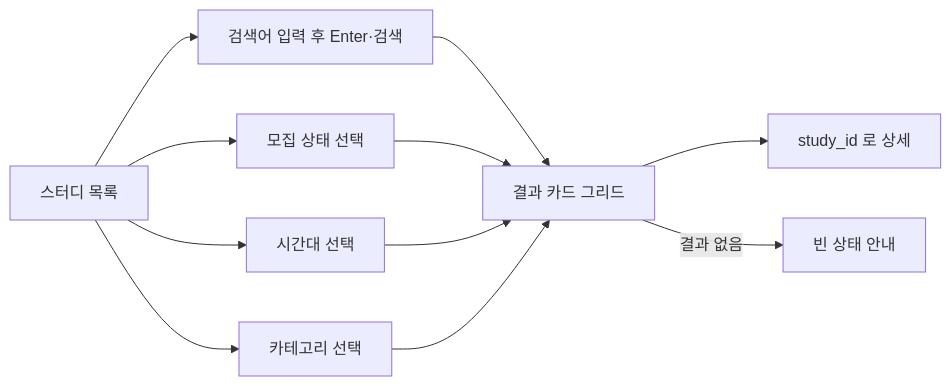
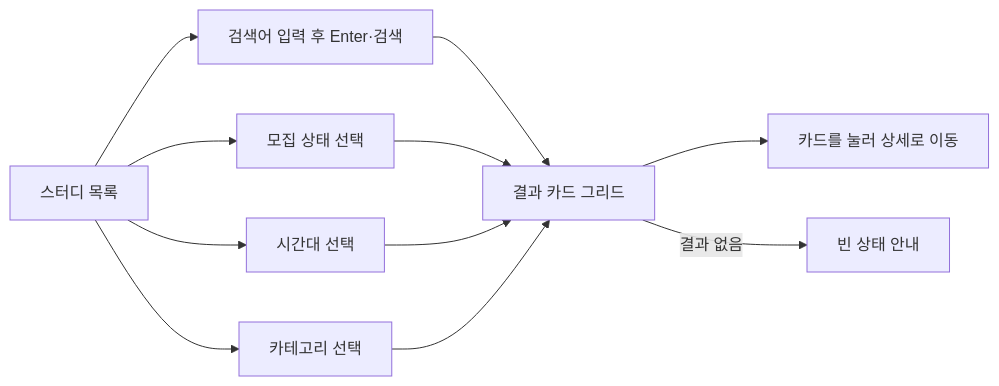
The first of 2 diagrams in planning/stories/crew-browse-studies/PRD.md (StudyClub-PlusPlus/studyclub-engineering), drawn with Mermaid before and after one commit. The commit also changed other lines of this file and 46 other files, not shown here.

````diff
--- a/planning/stories/crew-browse-studies/PRD.md
+++ b/planning/stories/crew-browse-studies/PRD.md
@@ -23,13 +23,13 @@
 ```mermaid
 flowchart LR
   A["스터디 목록"] --> B["검색어 입력 후 Enter·검색"]
   A --> C["모집 상태 선택"]
   A --> D["시간대 선택"]
   A --> E["카테고리 선택"]
   B --> F["결과 카드 그리드"]
   C --> F
   D --> F
   E --> F
-  F --> G["study_id 로 상세"]
+  F --> G["카드를 눌러 상세로 이동"]
   F -->|결과 없음| H["빈 상태 안내"]
 ```
````
